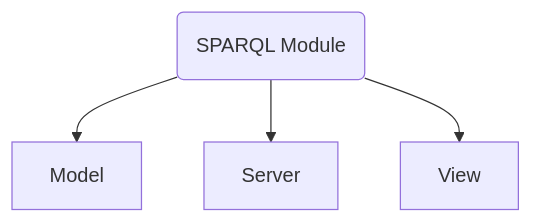
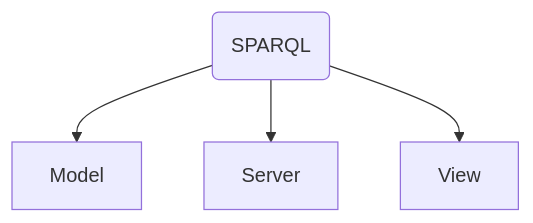
One commit to VCityTeam/UD-Viz changed the diagram in packages/browser/src/Component/Widget/Server/SPARQL/Readme.md. Above: the diagram before and after it, drawn with Mermaid. The commit also changed 17 other files, not shown here.

````diff
--- a/packages/browser/src/Component/Widget/Server/SPARQL/Readme.md
+++ b/packages/browser/src/Component/Widget/Server/SPARQL/Readme.md
@@ -85,6 +85,6 @@
 ```mermaid
 flowchart TD
-  A(SPARQL Module) --> Model
-  A(SPARQL Module) --> Server
-  A(SPARQL Module) --> View
+  A(SPARQL) --> Model
+  A(SPARQL) --> Server
+  A(SPARQL) --> View
 ```
````
